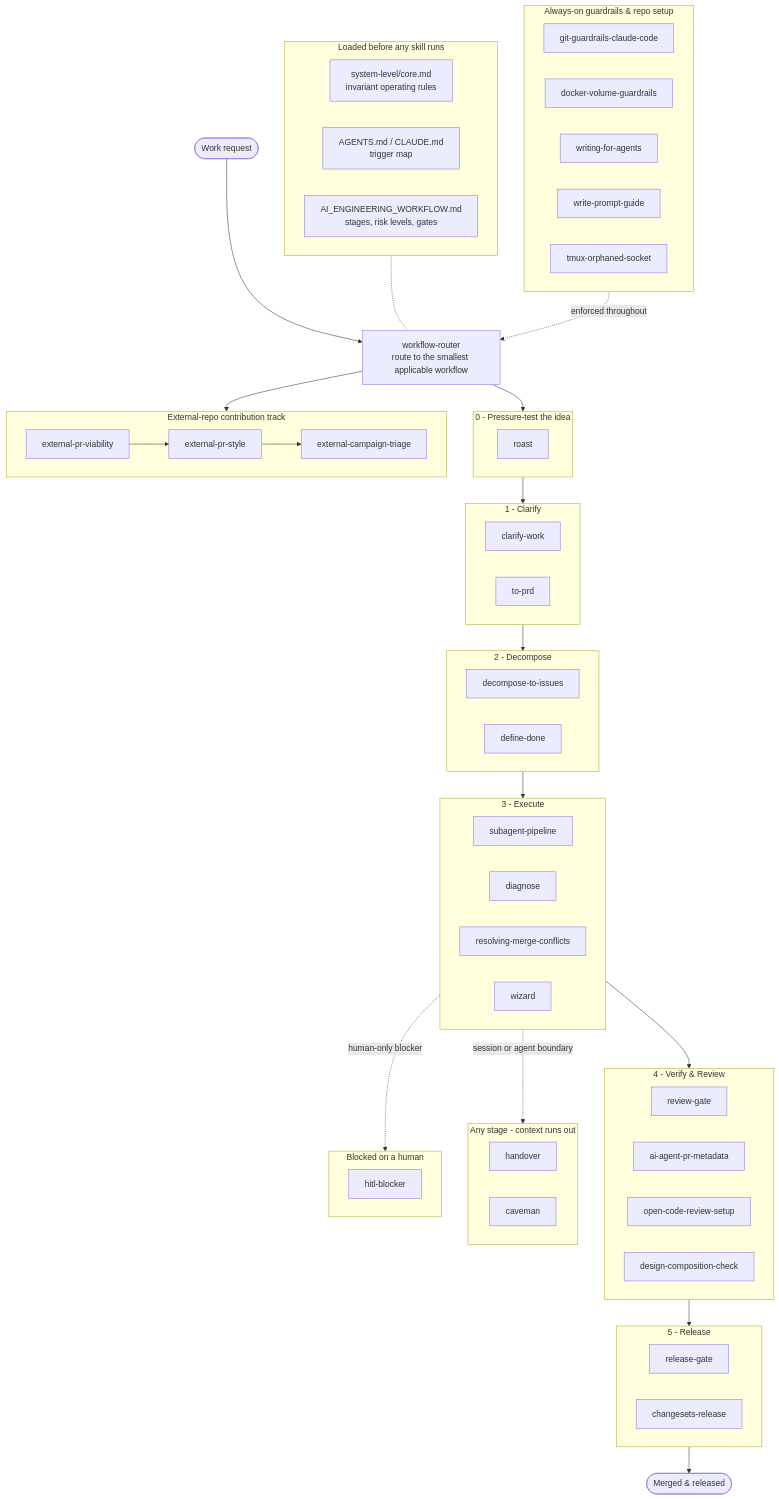
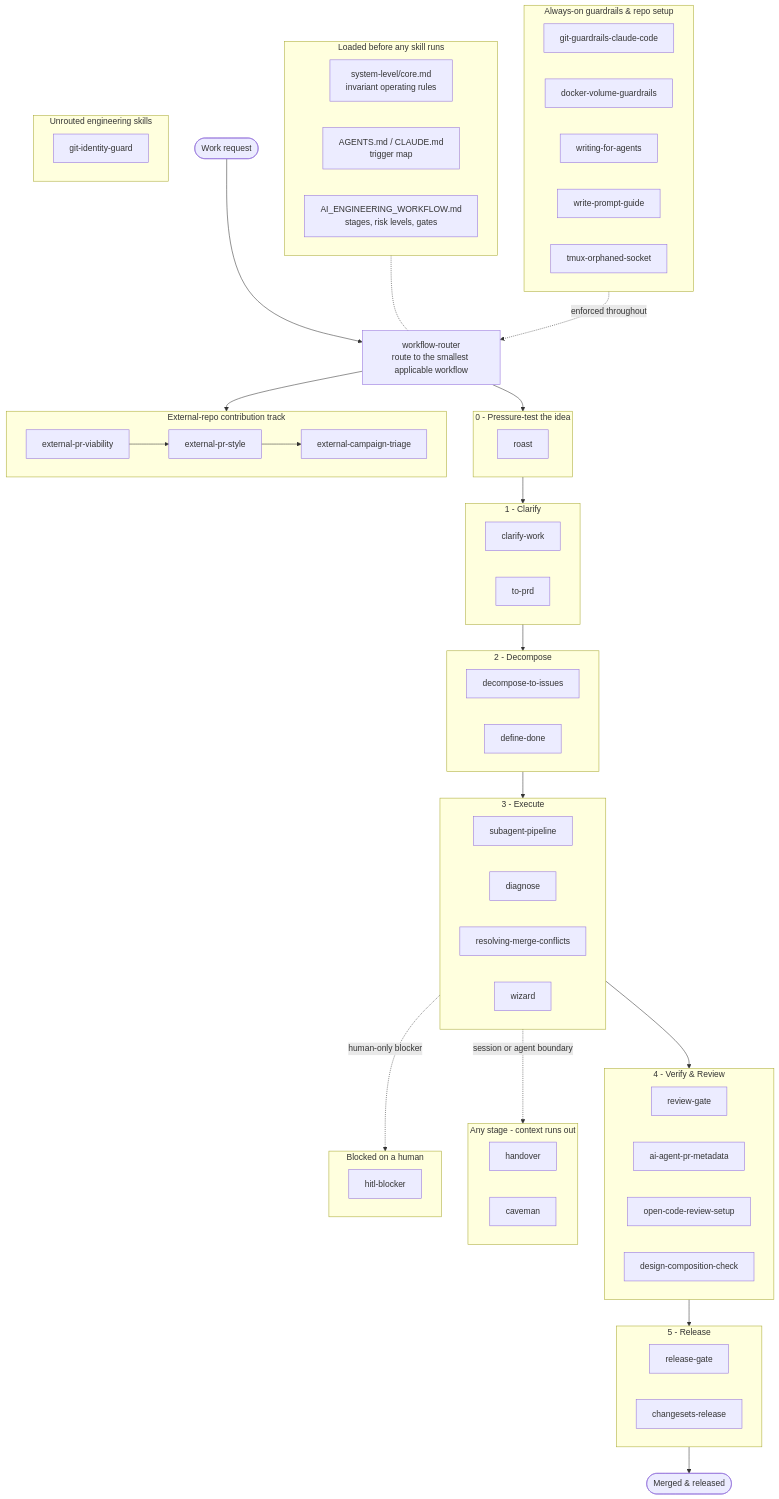
The diagram in README.md (wakqasahmed/ai-engineering-workflow-skills), drawn with Mermaid before and after one commit. The commit also changed other lines of this file and 10 other files, not shown here.

First line of the commit message:
Add git-identity-guard skill: PATH-level wrapper enforcing one commit identity (#202)

```diff
--- a/README.md
+++ b/README.md
@@ -89,6 +89,11 @@
         s_hitl_blocker["hitl-blocker"]
     end
 
+    subgraph X_engineering["Unrouted engineering skills"]
+        direction LR
+        s_git_identity_guard["git-identity-guard"]
+    end
+
     ROUTER --> S0
     S0 --> S1
     S1 --> S2
```
